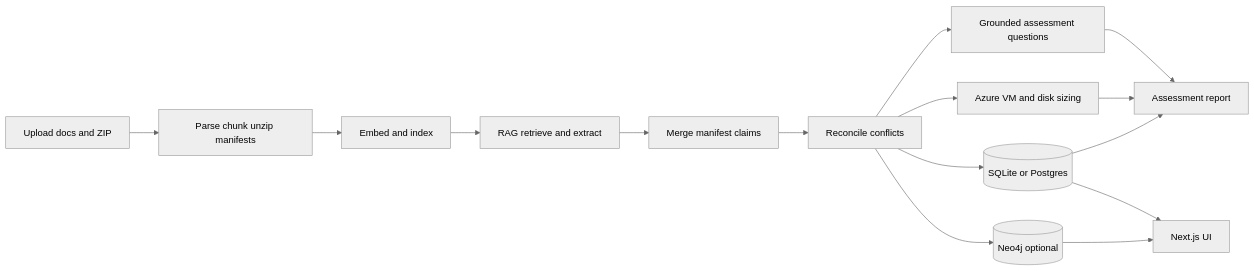
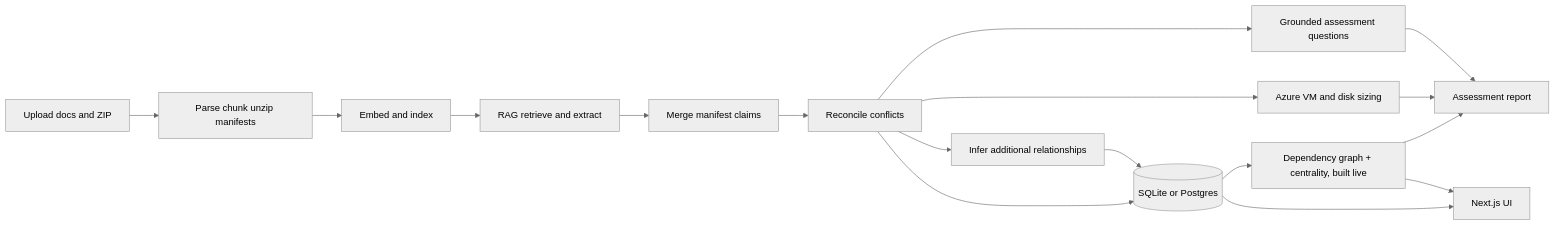
Before and after one commit to mhdarb/Cloud-Migration-Assessment-Accelerator: the second of 3 diagrams in docs/ARCHITECTURE.md, drawn with Mermaid (neutral theme). The commit also changed other lines of this file and 37 other files, not shown here.

Commit message:
neo_4j graph removed networkx added

````diff
--- a/docs/ARCHITECTURE.md
+++ b/docs/ARCHITECTURE.md
@@ -64,17 +64,19 @@
 ```mermaid
 flowchart LR
   Upload[Upload docs and ZIP] --> Ingest[Parse chunk unzip manifests]
   Ingest --> Embed[Embed and index]
   Embed --> RAG[RAG retrieve and extract]
   RAG --> Merge[Merge manifest claims]
   Merge --> Reconcile[Reconcile conflicts]
   Reconcile --> Questions[Grounded assessment questions]
   Reconcile --> Size[Azure VM and disk sizing]
+  Reconcile --> Infer[Infer additional relationships]
   Reconcile --> Store[(SQLite or Postgres)]
-  Reconcile --> Neo4j[(Neo4j optional)]
+  Infer --> Store
   Questions --> Report[Assessment report]
   Size --> Report
-  Store --> Report
+  Store --> Graph[Dependency graph + centrality, built live]
+  Graph --> Report
   Store --> UI[Next.js UI]
-  Neo4j --> UI
+  Graph --> UI
 ```
````
